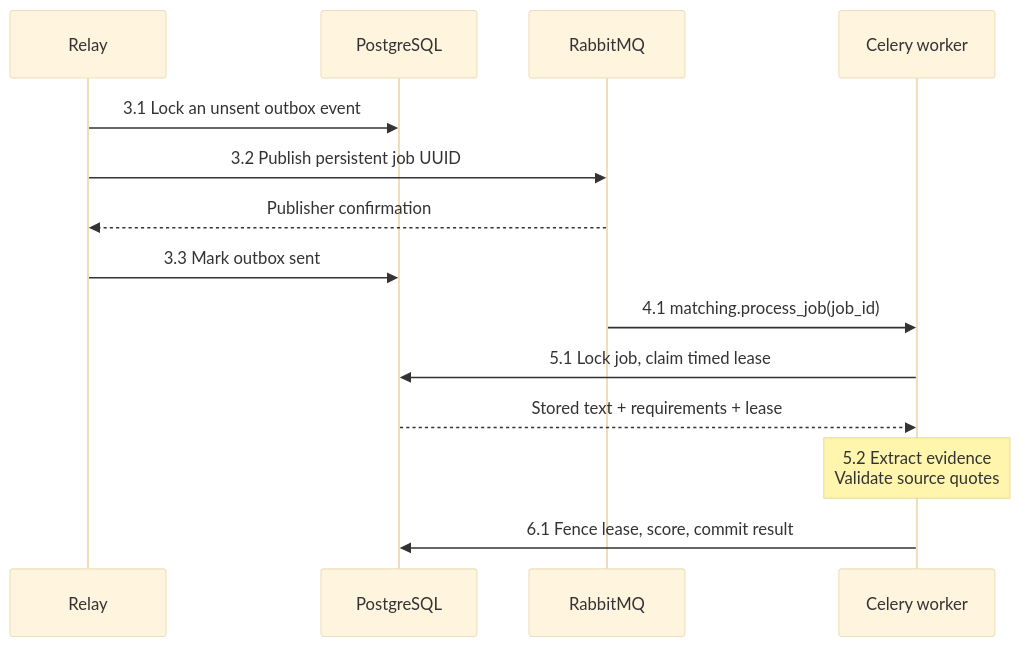
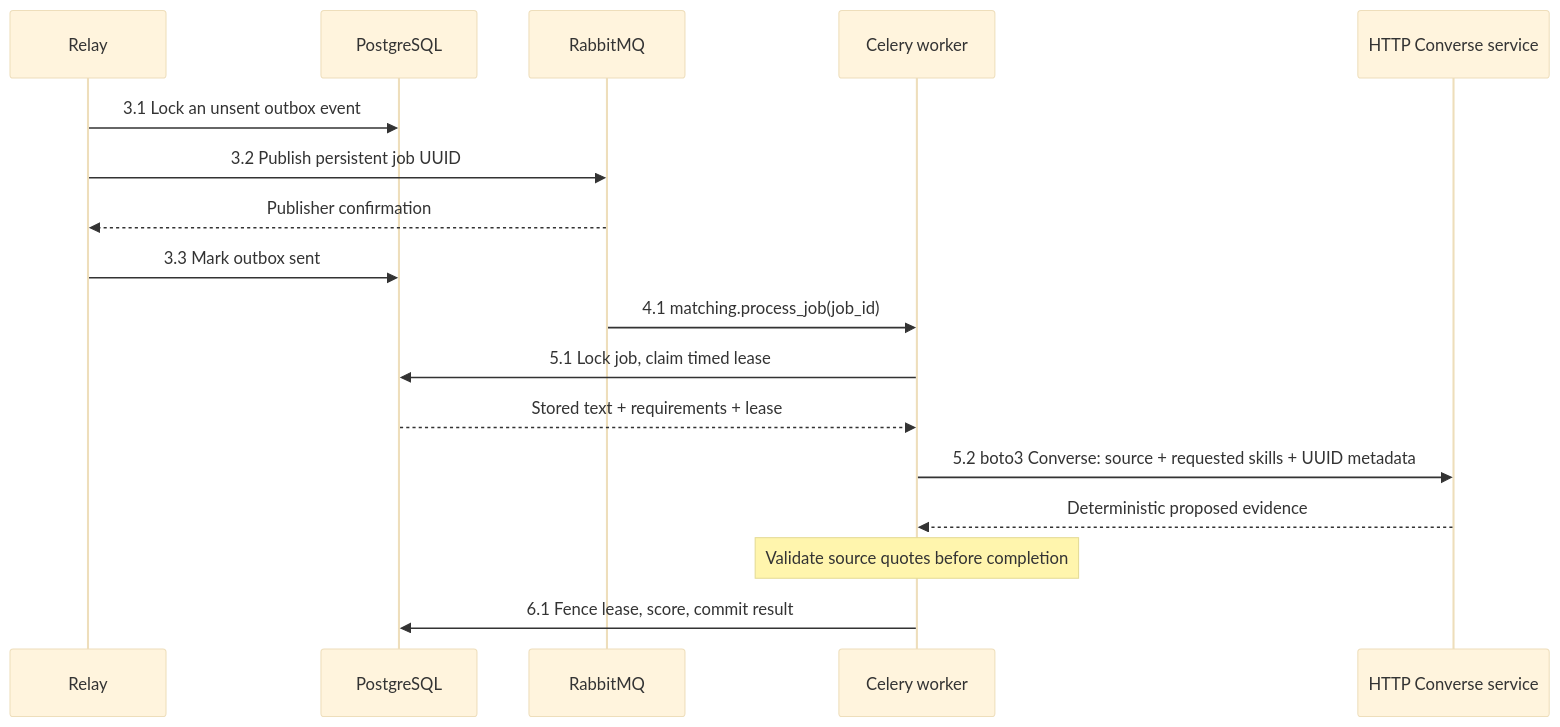
One commit to junrillg/resume-match-bedrock changed the second of 4 diagrams in docs/architecture.md. Above: the diagram before and after it, drawn with Mermaid (base theme). The commit also changed other lines of this file and 31 other files, not shown here.

Commit message:
docs: present the end-to-end architecture and AWS service journey

````diff
--- a/docs/architecture.md
+++ b/docs/architecture.md
@@ -57,16 +57,19 @@
 ```mermaid
 sequenceDiagram
   participant Relay
   participant DB as PostgreSQL
   participant MQ as RabbitMQ
   participant Worker as Celery worker
+  participant Provider as HTTP Converse service
   Relay->>DB: 3.1 Lock an unsent outbox event
   Relay->>MQ: 3.2 Publish persistent job UUID
   MQ-->>Relay: Publisher confirmation
   Relay->>DB: 3.3 Mark outbox sent
   MQ->>Worker: 4.1 matching.process_job(job_id)
   Worker->>DB: 5.1 Lock job, claim timed lease
   DB-->>Worker: Stored text + requirements + lease
-  Note over Worker: 5.2 Extract evidence<br/>Validate source quotes
+  Worker->>Provider: 5.2 boto3 Converse: source + requested skills + UUID metadata
+  Provider-->>Worker: Deterministic proposed evidence
+  Note over Worker: Validate source quotes before completion
   Worker->>DB: 6.1 Fence lease, score, commit result
 ```
````
